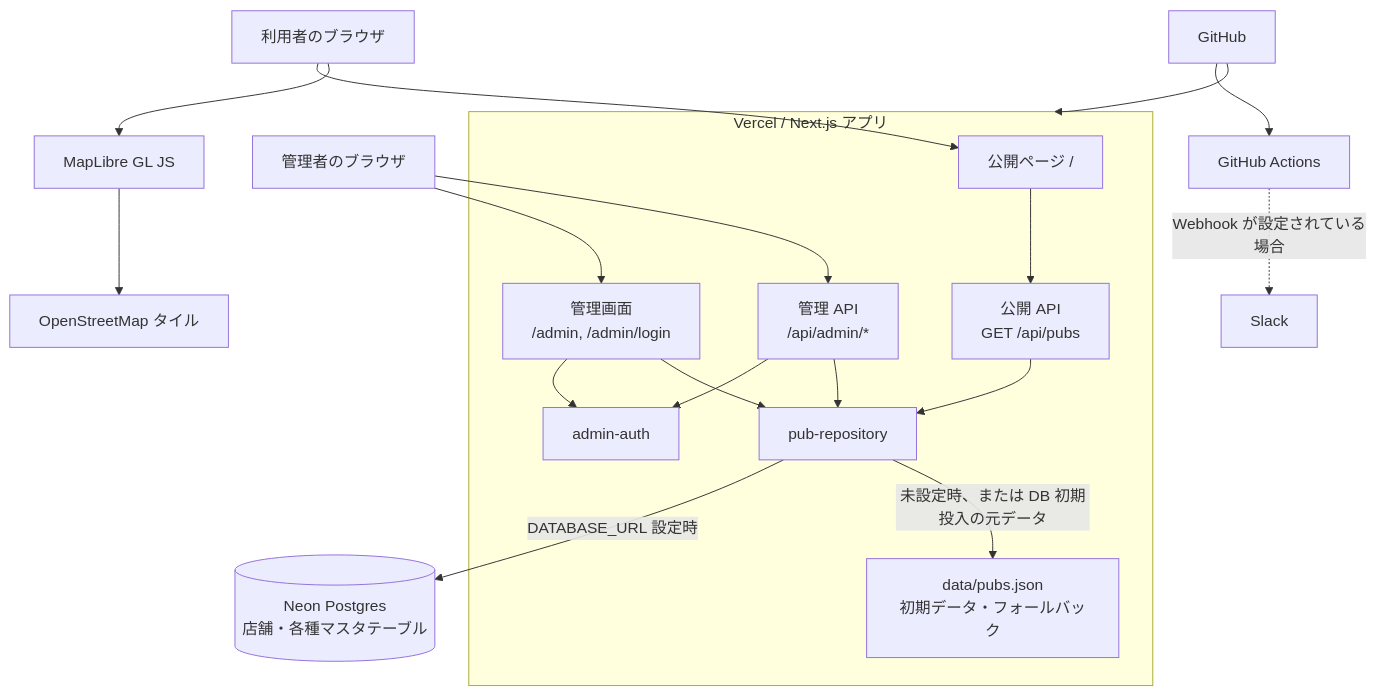
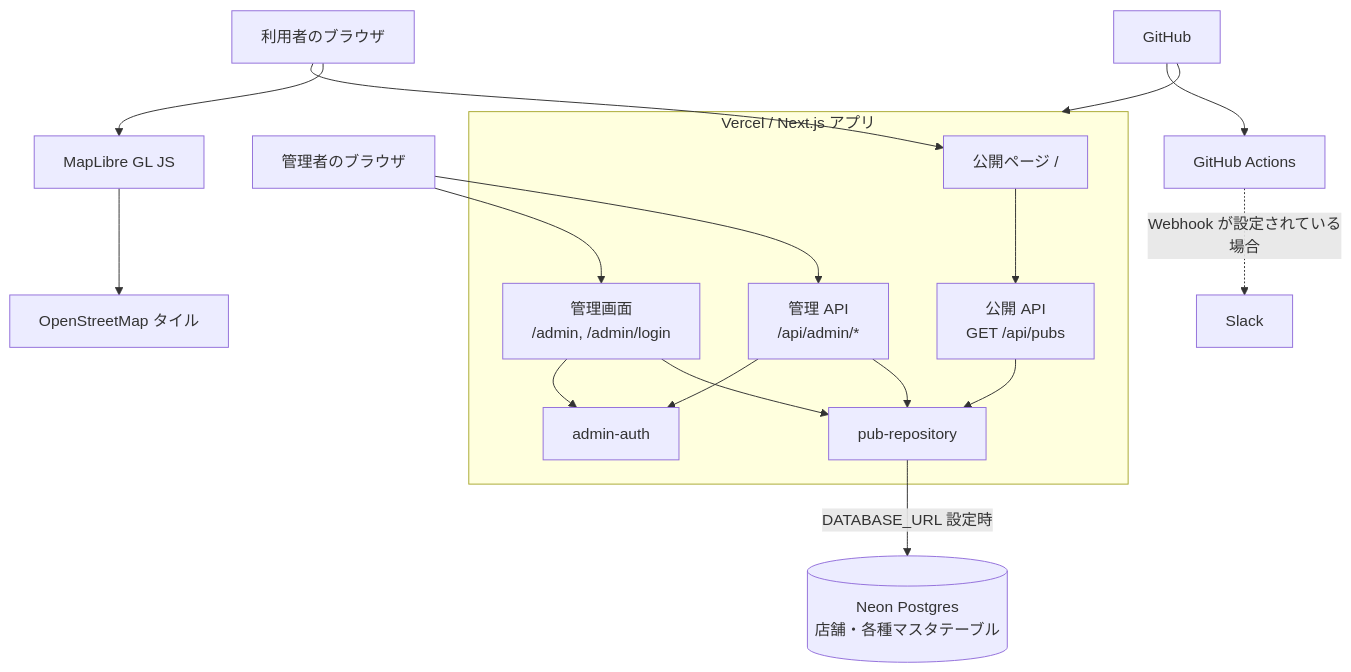
Before and after one commit to yusukefr/irishpub-map: the diagram in docs/architecture/system-overview.md, drawn with Mermaid. The commit also changed other lines of this file and 20 other files, not shown here.

First line of the commit message:
data/pubs.json依存を削除してNeon運用へ統一する (#220)

````diff
--- a/docs/architecture/system-overview.md
+++ b/docs/architecture/system-overview.md
@@ -7,42 +7,40 @@
 ```mermaid
 flowchart TB
   visitor[利用者のブラウザ]
   administrator[管理者のブラウザ]
   maplibre[MapLibre GL JS]
   osm[OpenStreetMap タイル]
   github[GitHub]
   actions[GitHub Actions]
   slack[Slack]
 
   subgraph vercel[Vercel / Next.js アプリ]
     publicPage["公開ページ /"]
     publicApi["公開 API<br/>GET /api/pubs"]
     adminPage["管理画面<br/>/admin, /admin/login"]
     adminApi["管理 API<br/>/api/admin/*"]
     auth[admin-auth]
     repository[pub-repository]
-    staticData["data/pubs.json<br/>初期データ・フォールバック"]
   end
 
   neon[(Neon Postgres<br/>店舗・各種マスタテーブル)]
 
   visitor --> publicPage
   publicPage --> publicApi
   publicApi --> repository
   visitor --> maplibre
   maplibre --> osm
 
   administrator --> adminPage
   administrator --> adminApi
   adminPage --> auth
   adminPage --> repository
   adminApi --> auth
   adminApi --> repository
 
   repository -->|"DATABASE_URL 設定時"| neon
-  repository -->|"未設定時、または DB 初期投入の元データ"| staticData
 
   github --> actions
   github --> vercel
   actions -.->|"Webhook が設定されている場合"| slack
 ```
````
